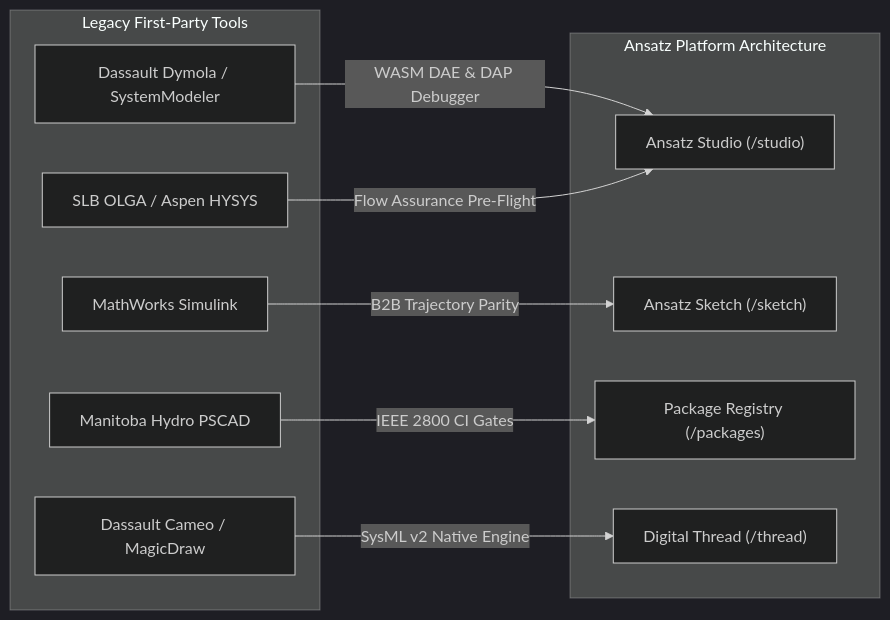
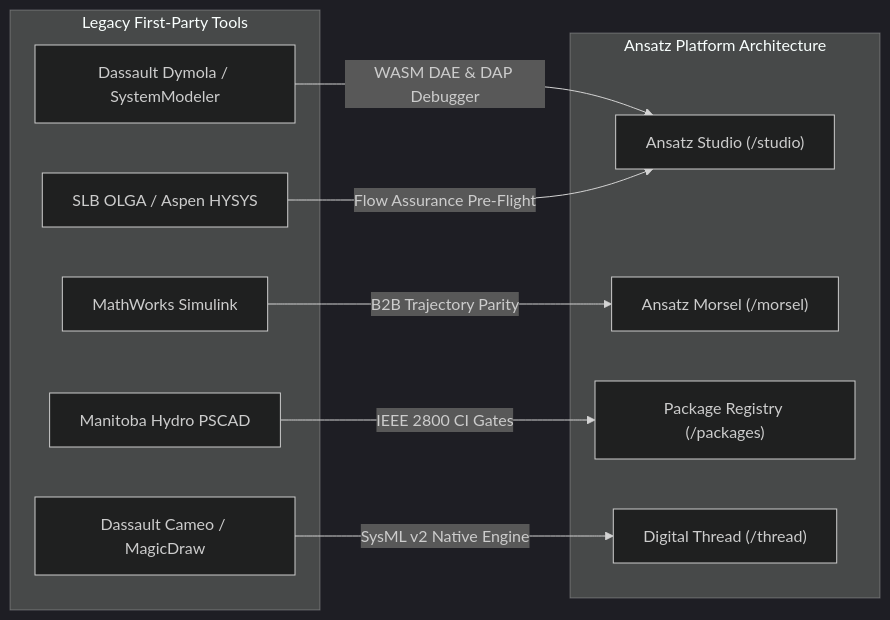
Before and after one commit to modelscript/modelscript: the second of 2 diagrams in apps/docs/docs/ansatz/workflow-replacement.md, drawn with Mermaid (dark theme). The commit also changed other lines of this file and 207 other files, not shown here.

````diff
--- a/apps/docs/docs/ansatz/workflow-replacement.md
+++ b/apps/docs/docs/ansatz/workflow-replacement.md
@@ -123,23 +123,23 @@
 ```mermaid
 graph LR
     subgraph "Legacy First-Party Tools"
         Dymola["Dassault Dymola / SystemModeler"]
         Cameo["Dassault Cameo / MagicDraw"]
         PSCAD["Manitoba Hydro PSCAD"]
         Simulink["MathWorks Simulink"]
         OLGA["SLB OLGA / Aspen HYSYS"]
     end
 
     subgraph "Ansatz Platform Architecture"
         Studio["Ansatz Studio (/studio)"]
-        Sketch["Ansatz Sketch (/sketch)"]
+        Morsel["Ansatz Morsel (/morsel)"]
         Registry["Package Registry (/packages)"]
         Thread["Digital Thread (/thread)"]
     end
 
     Dymola -->|WASM DAE & DAP Debugger| Studio
     Cameo -->|SysML v2 Native Engine| Thread
     PSCAD -->|IEEE 2800 CI Gates| Registry
-    Simulink -->|B2B Trajectory Parity| Sketch
+    Simulink -->|B2B Trajectory Parity| Morsel
     OLGA -->|Flow Assurance Pre-Flight| Studio
 ```
````
